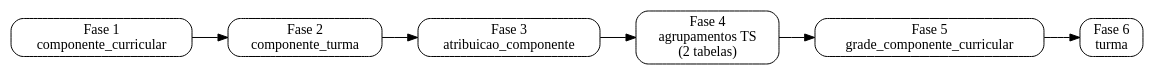
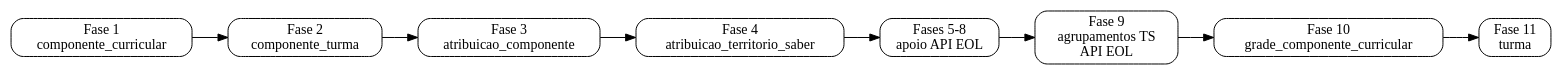
The diagram in docs/dominios/pedagogico/ordem_carga.md (prefeiturasp/SME-IntegracaoEOL-MS-ETL), drawn with Graphviz before and after one commit. The commit also changed other lines of this file and 10 other files, not shown here.

Commit message:
docs(150928): atualiza documentacao de territorio do saber

````diff
--- a/docs/dominios/pedagogico/ordem_carga.md
+++ b/docs/dominios/pedagogico/ordem_carga.md
@@ -29,15 +39,17 @@
 ```{graphviz}
 digraph G {
     rankdir=LR;
     node [shape=box, style="rounded"];
 
     F1 [label="Fase 1\ncomponente_curricular"];
     F2 [label="Fase 2\ncomponente_turma"];
     F3 [label="Fase 3\natribuicao_componente"];
-    F4 [label="Fase 4\nagrupamentos TS\n(2 tabelas)"];
-    F5 [label="Fase 5\ngrade_componente_curricular"];
-    F6 [label="Fase 6\nturma"];
+    F4 [label="Fase 4\natribuicao_territorio_saber"];
+    F5 [label="Fases 5-8\napoio API EOL"];
+    F9 [label="Fase 9\nagrupamentos TS\nAPI EOL"];
+    F10 [label="Fase 10\ngrade_componente_curricular"];
+    F11 [label="Fase 11\nturma"];
 
-    F1 -> F2 -> F3 -> F4 -> F5 -> F6;
+    F1 -> F2 -> F3 -> F4 -> F5 -> F9 -> F10 -> F11;
 }
 ```
````
